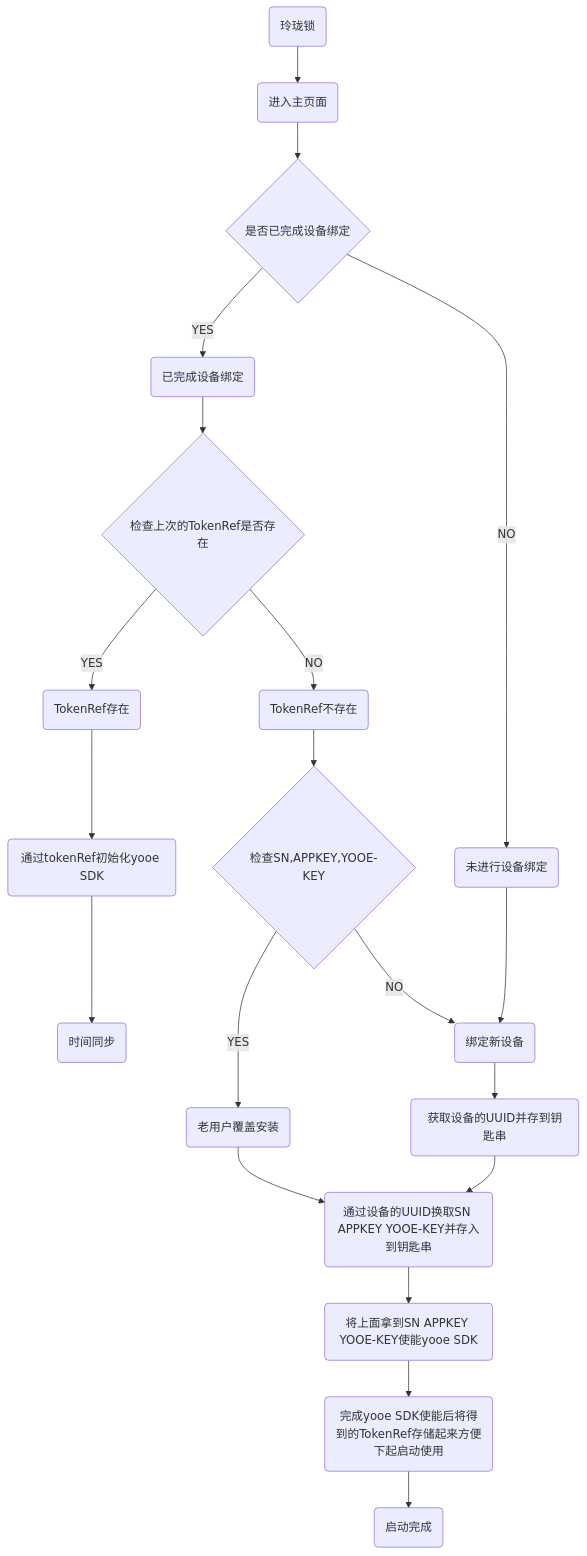
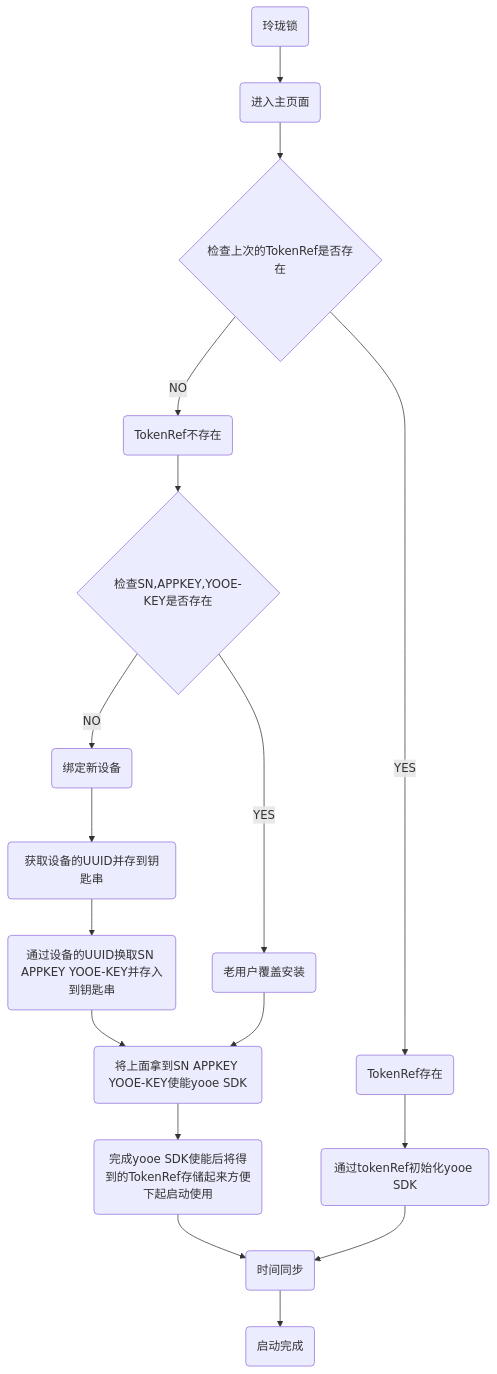
One commit to RongoLi/rongoli.github.io changed the first of 3 diagrams in GitLab/native-wiki/linglong/README.md. Above: the diagram before and after it, drawn with Mermaid. The commit also changed other lines of this file and 58 other files, not shown here.

````diff
--- a/GitLab/native-wiki/linglong/README.md
+++ b/GitLab/native-wiki/linglong/README.md
@@ -93,22 +93,20 @@
 ```mermaid
 graph TB
     start(玲珑锁) --> index(进入主页面)
-    index --> bind{是否已完成设备绑定}
-    bind -- YES --> bindYes(已完成设备绑定)
-    bind -- NO --> bindNo(未进行设备绑定)
-    bindNo --> bindNew(绑定新设备)
+    index --> tokenRef{检查上次的TokenRef是否存在}
+    bindNew(绑定新设备)
     bindNew --> bindNew1(获取设备的UUID并存到钥匙串)
     bindNew1 --> bindNew2(通过设备的UUID换取SN APPKEY YOOE-KEY并存入到钥匙串)
     bindNew2 --> bindNew3(将上面拿到SN APPKEY YOOE-KEY使能yooe SDK)
     bindNew3 --> bindNew4(完成yooe SDK使能后将得到的TokenRef存储起来方便下起启动使用)
-    bindNew4 --> stop(启动完成)
-    bindYes --> tokenRef{检查上次的TokenRef是否存在}
+    bindNew4 --> checkTime(时间同步)
     tokenRef --YES--> tokenRefYes(TokenRef存在)
     tokenRef --NO--> tokenRefNo(TokenRef不存在)
     tokenRefYes --> initTokenRef(通过tokenRef初始化yooe SDK)
     initTokenRef --> checkTime(时间同步)
-    tokenRefNo --> checkKey{检查SN,APPKEY,YOOE-KEY}
+    checkTime --> stop(启动完成)
+    tokenRefNo --> checkKey{检查SN,APPKEY,YOOE-KEY是否存在}
     checkKey --YES-->previewUser(老用户覆盖安装)
-    previewUser --> bindNew2
+    previewUser --> bindNew3
     checkKey --NO-->bindNew
 ```
````
